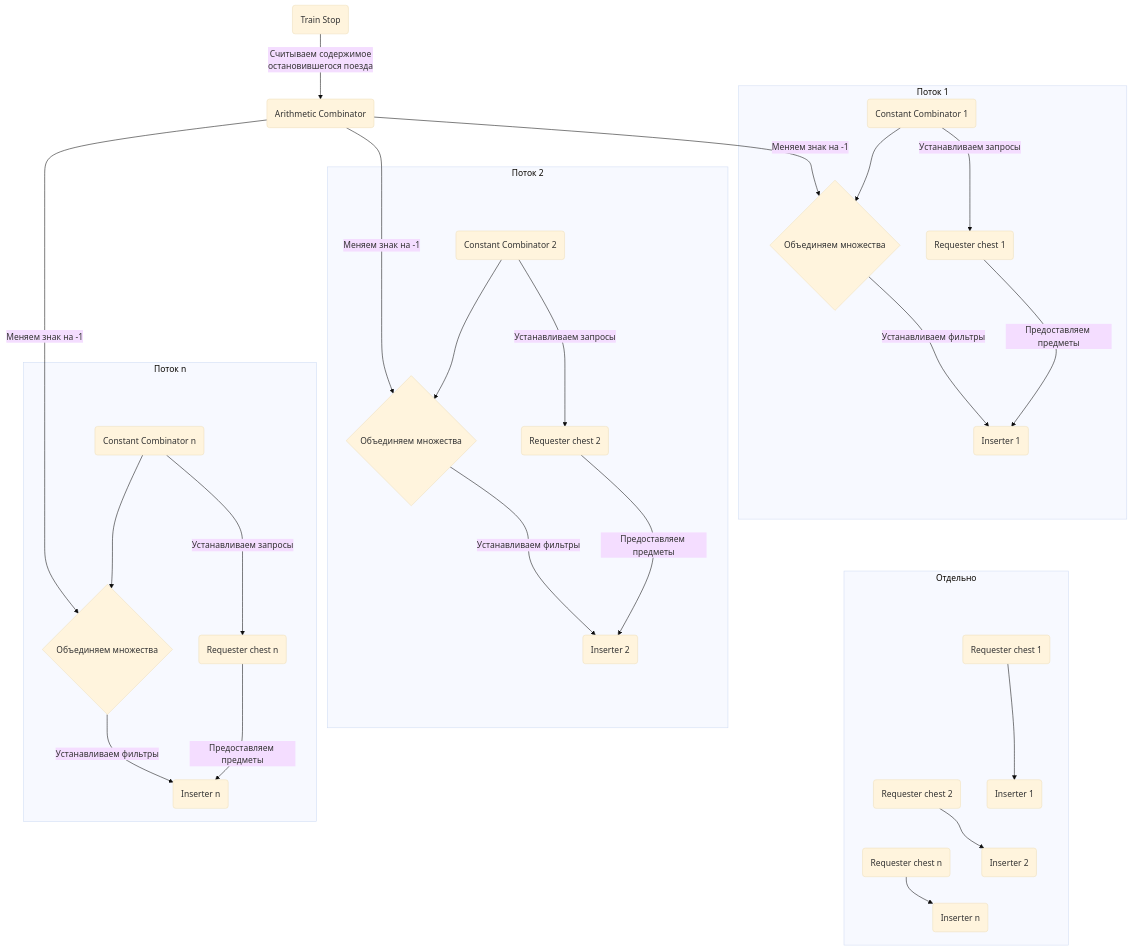
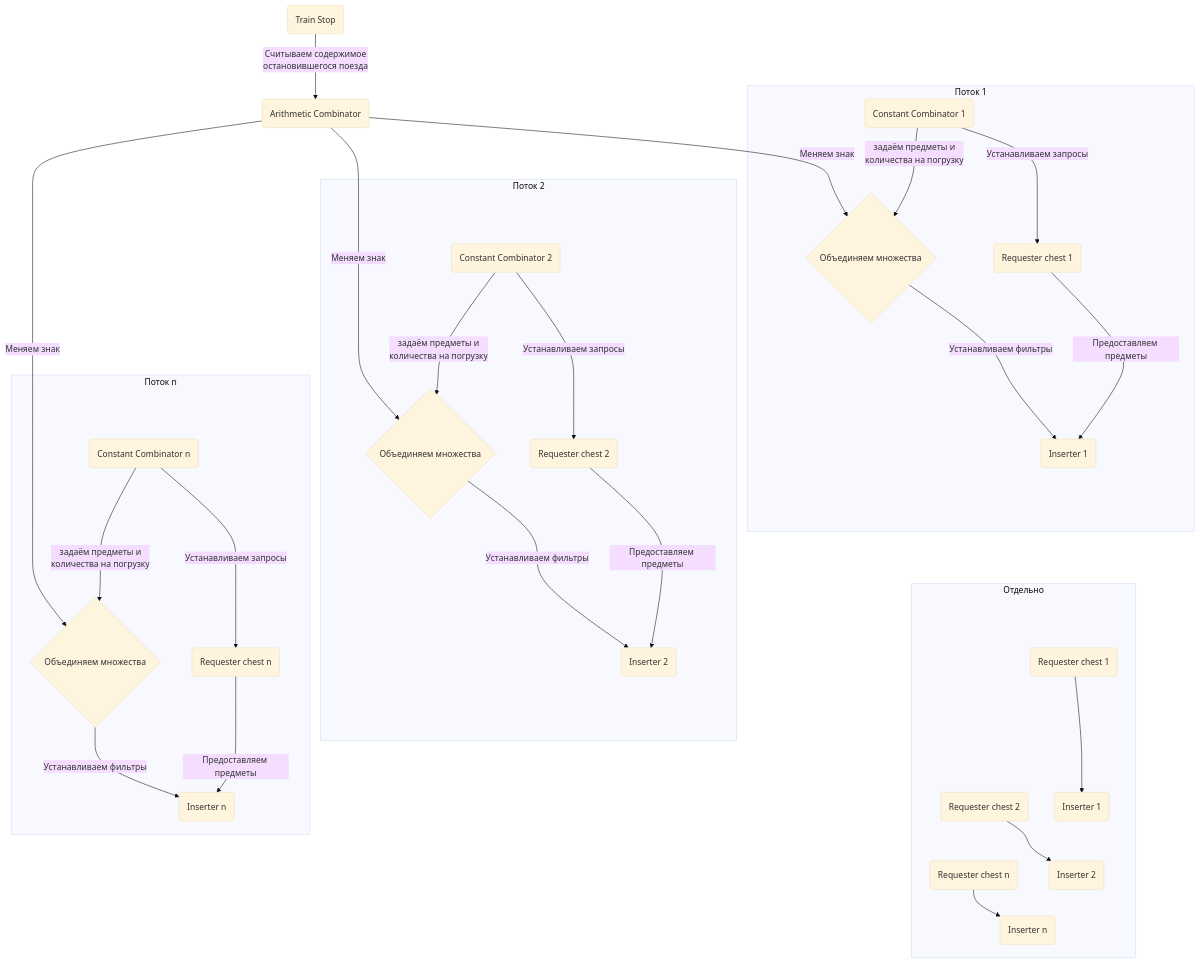
Before and after one commit to CanadianBeaver/AwesomeFactorio: the second of 2 diagrams in docs/LoadingAndUnloadingTrains/Jlovber.md, drawn with Mermaid (base theme). The commit also changed other lines of this file and 1 other file, not shown here.

````diff
--- a/docs/LoadingAndUnloadingTrains/Jlovber.md
+++ b/docs/LoadingAndUnloadingTrains/Jlovber.md
@@ -92,73 +106,73 @@
 ```mermaid
 graph TD
     TS(Train Stop)
     AC(Arithmetic Combinator)
 
     subgraph Индекс_1 [Поток 1]
         CC1(Constant Combinator 1)
         SUM1{Объединяем множества}
         RC1(Requester chest 1)
         IN1(Inserter 1)
     end
 
     subgraph Индекс_2 [Поток 2]
         CC2(Constant Combinator 2)
         SUM2{Объединяем множества}
         RC2(Requester chest 2)
         IN2(Inserter 2)
     end
 
     subgraph Индекс_n [Поток n]
         CCn(Constant Combinator n)
         SUMn{Объединяем множества}
         RCn(Requester chest n)
         INn(Inserter n)
     end
 
     subgraph Индекс_0 [Отдельно]
         RC01(Requester chest 1)
         RC02(Requester chest 2)
         RC0n(Requester chest n)
         IN01(Inserter 1)
         IN02(Inserter 2)
         IN0n(Inserter n)
     end
 
     TS -->|"Считываем содержимое<br/>остановившегося поезда"| AC
 
-    AC -->|"Меняем знак на -1"| SUM1
-    AC -->|"Меняем знак на -1"| SUM2
-    AC -->|"Меняем знак на -1"| SUMn
+    AC -->|"Меняем знак"| SUM1
+    AC -->|"Меняем знак"| SUM2
+    AC -->|"Меняем знак"| SUMn
 
-    CC1 --> SUM1
-    CC2 --> SUM2
-    CCn --> SUMn
+    CC1 -->|"задаём предметы и<br />количества на погрузку"| SUM1
+    CC2 -->|"задаём предметы и<br />количества на погрузку"| SUM2
+    CCn -->|"задаём предметы и<br />количества на погрузку"| SUMn
 
     SUM1 -->|"Устанавливаем фильтры"| IN1
     SUM2 -->|"Устанавливаем фильтры"| IN2
     SUMn -->|"Устанавливаем фильтры"| INn
 
     CC1 -->|"Устанавливаем запросы"| RC1
     CC2 -->|"Устанавливаем запросы"| RC2
     CCn -->|"Устанавливаем запросы"| RCn
 
     RC1 -->|"Предоставляем предметы"| IN1
     RC2 -->|"Предоставляем предметы"| IN2
     RCn -->|"Предоставляем предметы"| INn
 
     RC01 --> IN01
     RC02 --> IN02
     RC0n --> IN0n
 
     IN1 ~~~ RC01
     IN2 ~~~ RC02
     INn ~~~ RC0n
 
     CC1 ~~~ CC2 ~~~ CCn
     SUM1 ~~~ SUM2 ~~~ SUMn
     RC1 ~~~ RC2 ~~~ RCn
     IN1 ~~~ IN2 ~~~ INn
 
     RC01 ~~~ RC02 ~~~ RC0n
     IN01 ~~~ IN02 ~~~ IN0n
 ```
````
